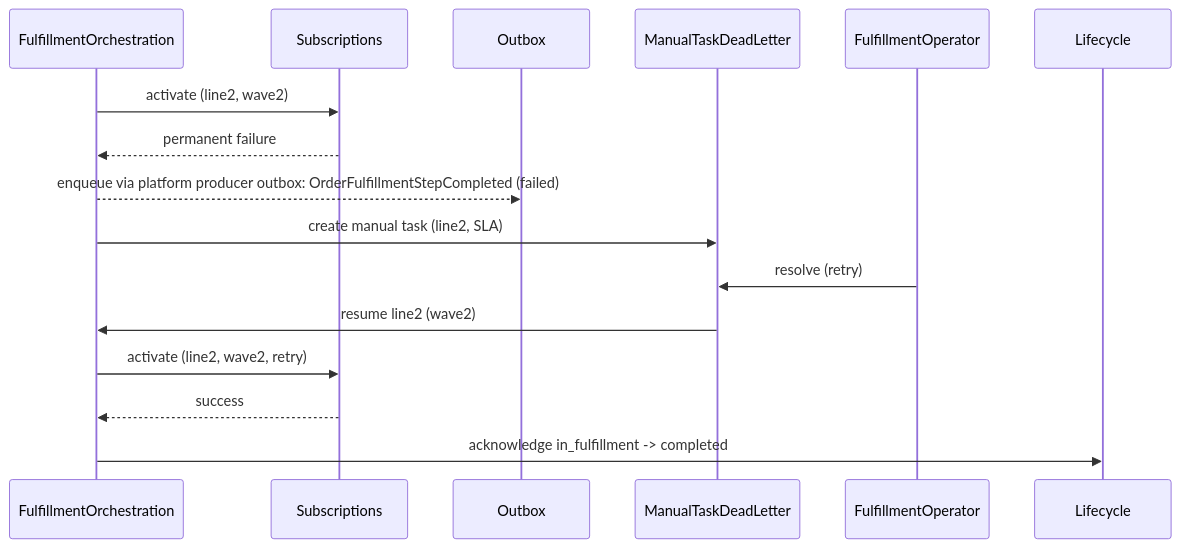
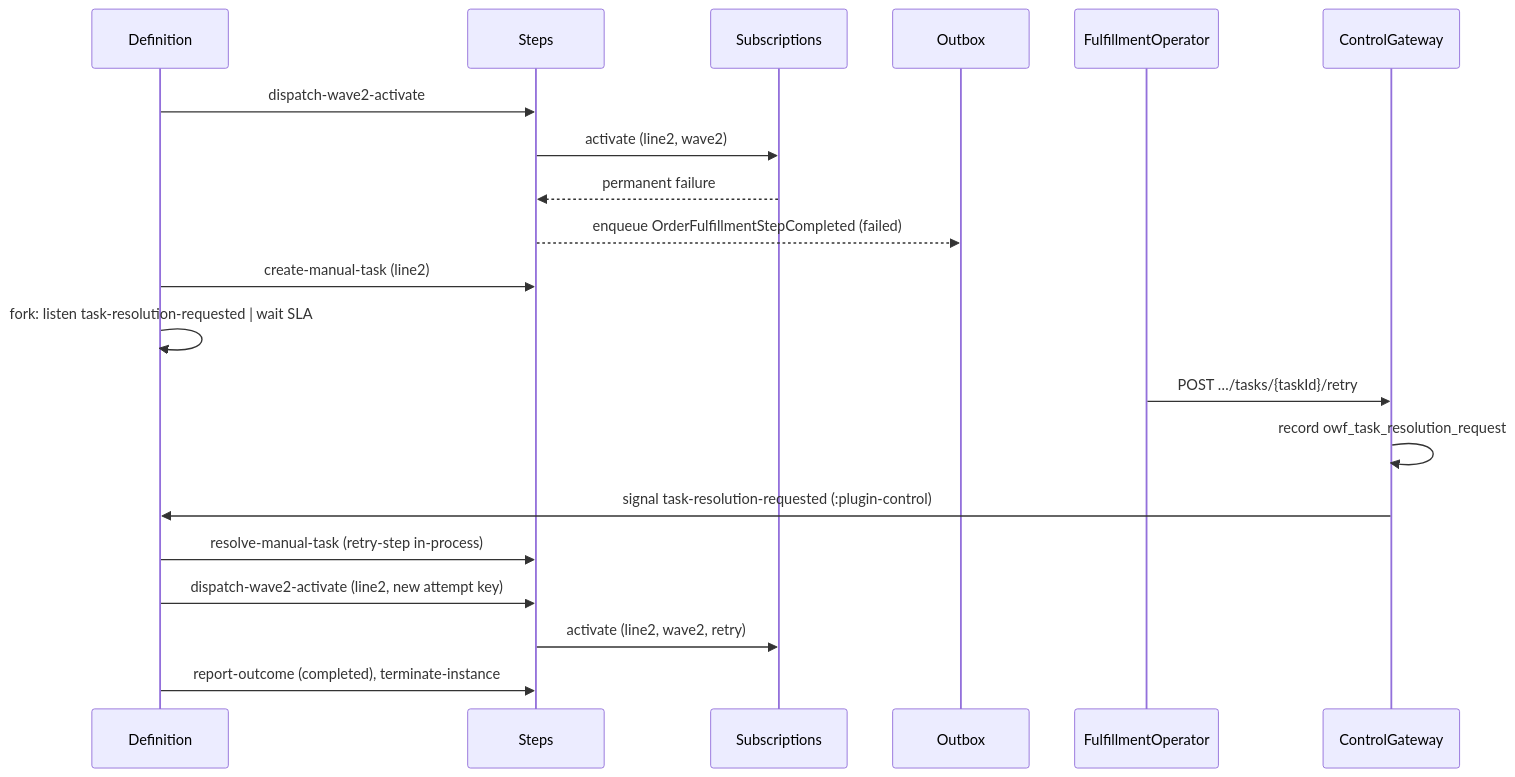
The fifth of 7 diagrams in gears/bss/orders-workflow/docs/DESIGN.md (constructorfabric/gears-rust), drawn with Mermaid before and after one commit. The commit also changed other lines of this file and 3 other files, not shown here.

Commit message:
docs(bss/orders-workflow): index, registers and README follow the platform-definition decision (Q-01 answered, D-65…, serverless-runtime asks)

````diff
--- a/gears/bss/orders-workflow/docs/DESIGN.md
+++ b/gears/bss/orders-workflow/docs/DESIGN.md
@@ -706,12 +873,16 @@
 ```mermaid
 sequenceDiagram
-    FulfillmentOrchestration ->> Subscriptions: activate (line2, wave2)
-    Subscriptions -->> FulfillmentOrchestration: permanent failure
-    FulfillmentOrchestration -->> Outbox: enqueue via platform producer outbox: OrderFulfillmentStepCompleted (failed)
-    FulfillmentOrchestration ->> ManualTaskDeadLetter: create manual task (line2, SLA)
-    FulfillmentOperator ->> ManualTaskDeadLetter: resolve (retry)
-    ManualTaskDeadLetter ->> FulfillmentOrchestration: resume line2 (wave2)
-    FulfillmentOrchestration ->> Subscriptions: activate (line2, wave2, retry)
-    Subscriptions -->> FulfillmentOrchestration: success
-    FulfillmentOrchestration ->> Lifecycle: acknowledge in_fulfillment -> completed
+    Definition ->> Steps: dispatch-wave2-activate
+    Steps ->> Subscriptions: activate (line2, wave2)
+    Subscriptions -->> Steps: permanent failure
+    Steps -->> Outbox: enqueue OrderFulfillmentStepCompleted (failed)
+    Definition ->> Steps: create-manual-task (line2)
+    Definition ->> Definition: fork: listen task-resolution-requested | wait SLA
+    FulfillmentOperator ->> ControlGateway: POST …/tasks/{taskId}/retry
+    ControlGateway ->> ControlGateway: record owf_task_resolution_request
+    ControlGateway ->> Definition: signal task-resolution-requested (:plugin-control)
+    Definition ->> Steps: resolve-manual-task (retry-step in-process)
+    Definition ->> Steps: dispatch-wave2-activate (line2, new attempt key)
+    Steps ->> Subscriptions: activate (line2, wave2, retry)
+    Definition ->> Steps: report-outcome (completed), terminate-instance
 ```
````
